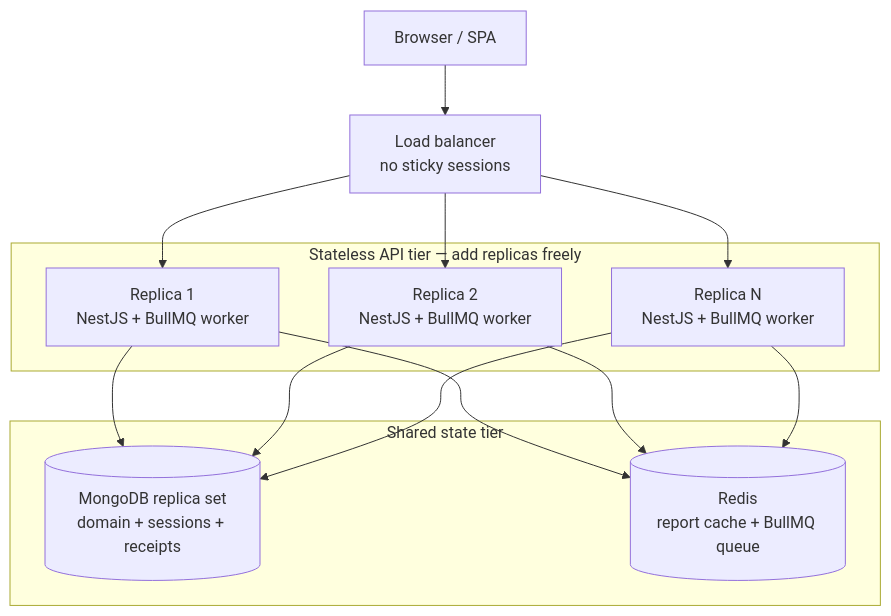
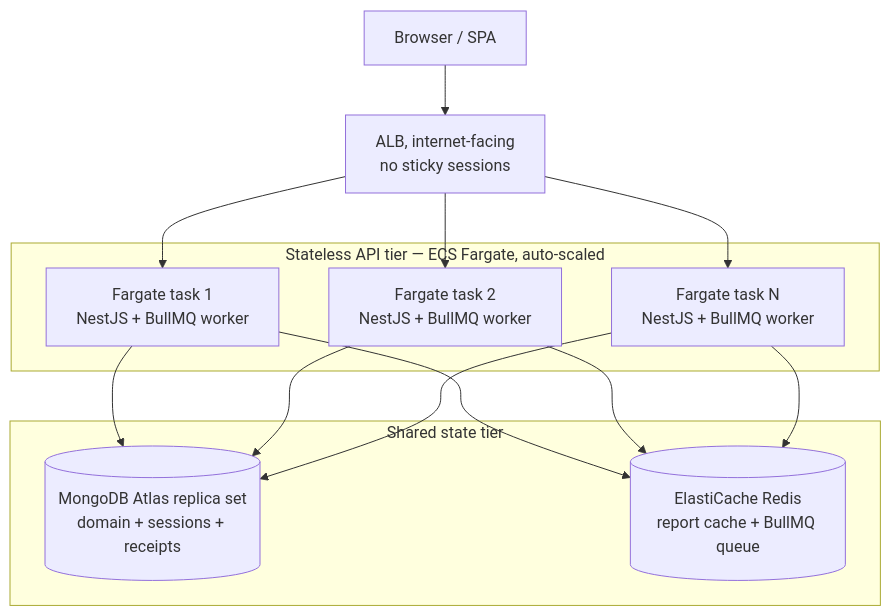
The diagram in docs/scaling.md (shakibdshy/careops), drawn with Mermaid before and after one commit. The commit also changed other lines of this file and 8 other files, not shown here.

First line of the commit message:
feat: horizontal scaling — auto-scaling, replica ramp tooling, freshness proof (W3-T3) (#52)

````diff
--- a/docs/scaling.md
+++ b/docs/scaling.md
@@ -15,22 +15,22 @@
 ```mermaid
 flowchart TB
-  B[Browser / SPA] --> LB[Load balancer<br/>no sticky sessions]
-  subgraph api [Stateless API tier — add replicas freely]
-    A1[Replica 1<br/>NestJS + BullMQ worker]
-    A2[Replica 2<br/>NestJS + BullMQ worker]
-    AN[Replica N<br/>NestJS + BullMQ worker]
+  B[Browser / SPA] --> LB[ALB, internet-facing<br/>no sticky sessions]
+  subgraph api [Stateless API tier — ECS Fargate, auto-scaled]
+    A1[Fargate task 1<br/>NestJS + BullMQ worker]
+    A2[Fargate task 2<br/>NestJS + BullMQ worker]
+    AN[Fargate task N<br/>NestJS + BullMQ worker]
   end
   LB --> A1
   LB --> A2
   LB --> AN
   subgraph data [Shared state tier]
-    M[(MongoDB replica set<br/>domain + sessions + receipts)]
-    R[(Redis<br/>report cache + BullMQ queue)]
+    M[(MongoDB Atlas replica set<br/>domain + sessions + receipts)]
+    R[(ElastiCache Redis<br/>report cache + BullMQ queue)]
   end
   A1 --> M
   A2 --> M
   AN --> M
   A1 --> R
   A2 --> R
   AN --> R
 ```
````
